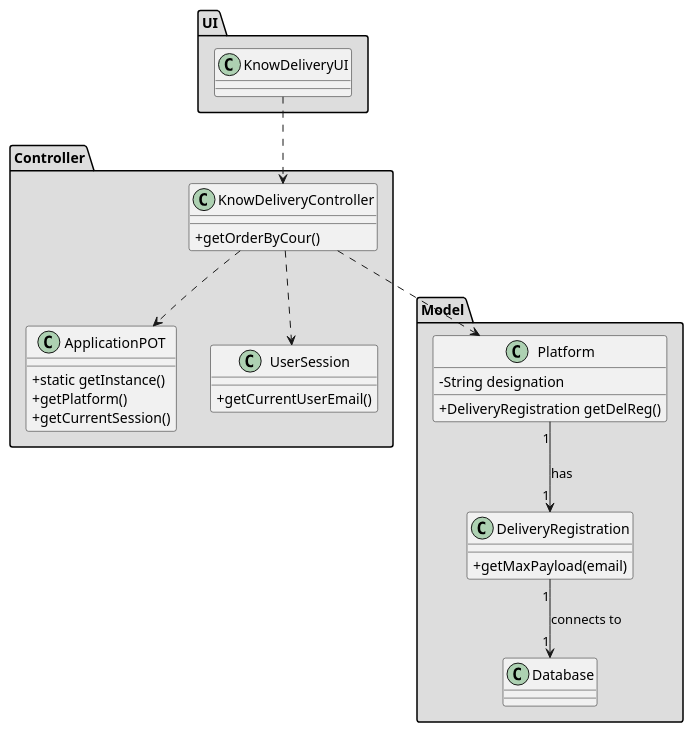
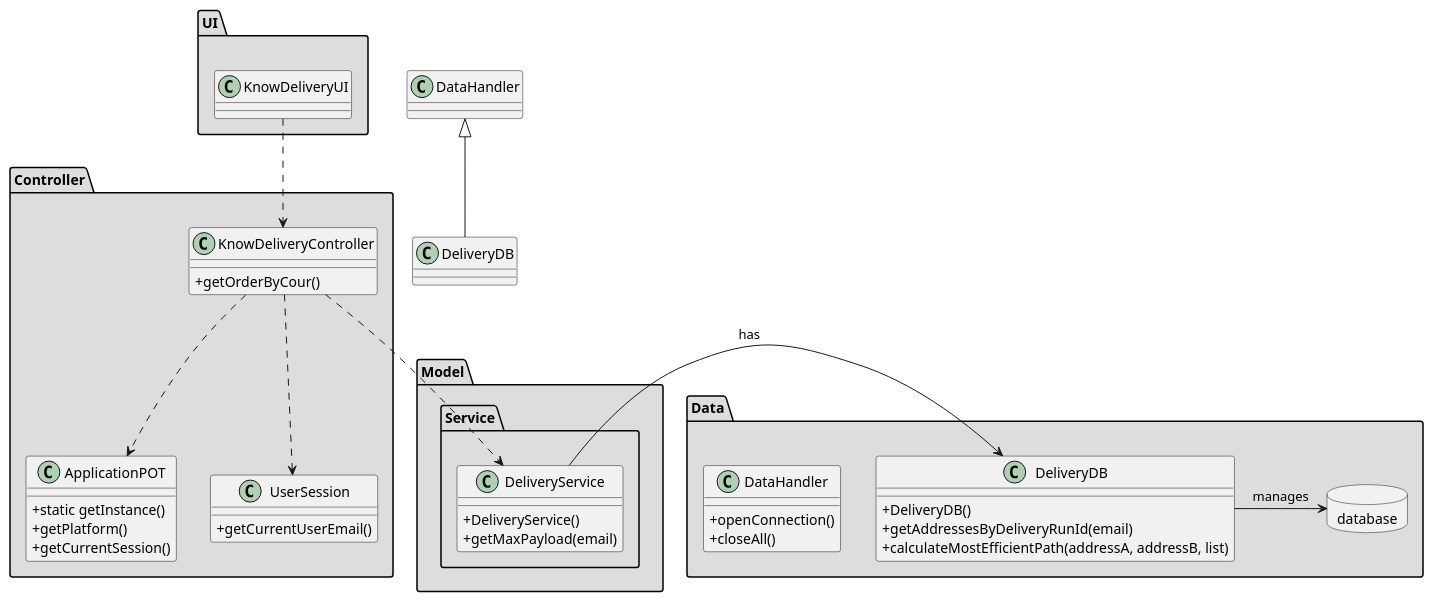
The diagram in docs/Iteration 2/Delivery Management/Refinement/US55_MaxPayload/US55_CD.puml (tiagoavcosta25/LAPR3), drawn with PlantUML before and after one commit. The commit also changed 18 other files, not shown here.

Commit message:
LAPR2AP2-48 #refining design and fix all diagrams [Design] LAPR2AP2-121 #refining design and fix all diagrams [Design] LAPR2AP2-127 #refining design and fix all diagrams [Design]

```diff
--- a/docs/Iteration 2/Delivery Management/Refinement/US55_MaxPayload/US55_CD.puml
+++ b/docs/Iteration 2/Delivery Management/Refinement/US55_MaxPayload/US55_CD.puml
@@ -1,45 +1,58 @@
 @startuml
 skinparam classAttributeIconSize 0
 
 package "Controller" #DDDDDD {
 class ApplicationPOT
 {
   +static getInstance()
   +getPlatform()
   +getCurrentSession()
 }
 
 class UserSession
 {
   +getCurrentUserEmail()
 }
 class KnowDeliveryController{
 +getOrderByCour()
 }
 }
 package "UI" #DDDDDD {
 class KnowDeliveryUI{
 
 }
 }
 package "Model" #DDDDDD {
-class Platform {
-  -String designation
-  +DeliveryRegistration getDelReg()
-}
+package Service #DDDDDD {
 
-class DeliveryRegistration{
+class DeliveryService{
++DeliveryService()
 +getMaxPayload(email)
-}
-class Database{
 }
 }
 
+}
+package "Data" #DDDDDD {
+class DataHandler{
++openConnection()
++closeAll()
+}
+
+ class DeliveryDB{
+ +DeliveryDB()
+ +getAddressesByDeliveryRunId(email)
+ +calculateMostEfficientPath(addressA, addressB, list)
+ }
+ database database{
+ }
+ }
 KnowDeliveryUI ..> KnowDeliveryController
-KnowDeliveryController ..> Platform
 KnowDeliveryController ..> ApplicationPOT
 KnowDeliveryController ..> UserSession
-Platform "1" --> "1" DeliveryRegistration : has
-DeliveryRegistration "1" --> "1" Database : connects to
+
+KnowDeliveryController ..> DeliveryService
+DeliveryService  ->  DeliveryDB : has
+DeliveryDB -> database : manages
+class DeliveryDB extends DataHandler
 
 @enduml
```
